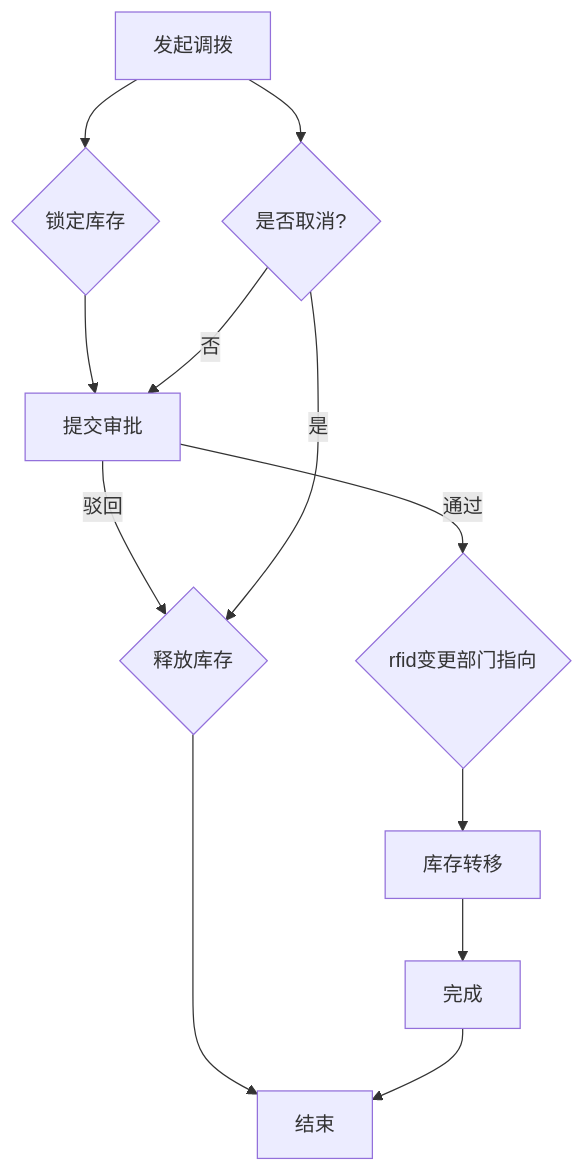
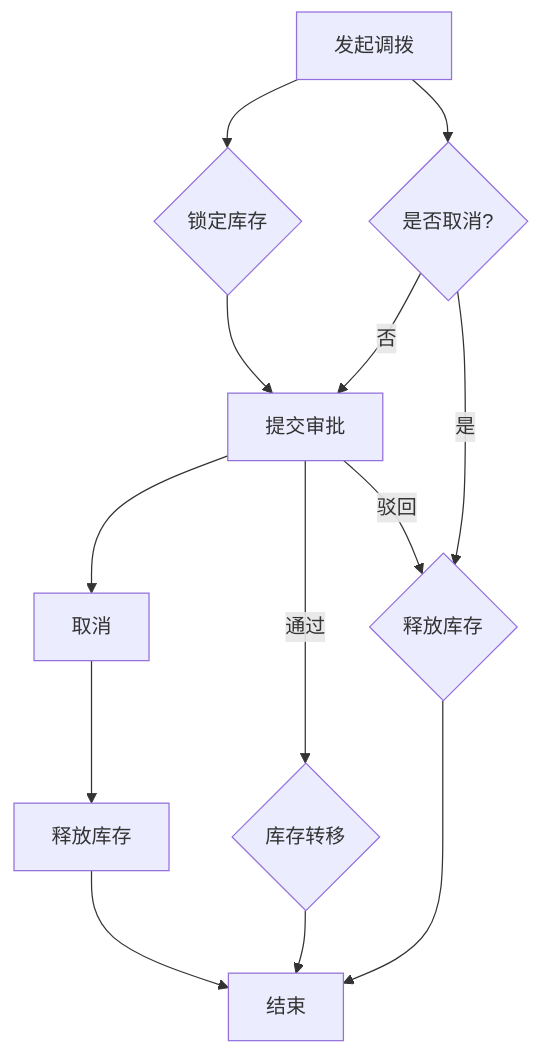
The second of 4 diagrams in 虚拟仓/prd.md (1191232345/Axure_ELSA), drawn with Mermaid before and after one commit.

Commit message:
docs(流程图): 更新调拨流程图的审批路径
添加取消审批路径并简化库存转移后的结束节点

````diff
--- a/虚拟仓/prd.md
+++ b/虚拟仓/prd.md
@@ -61,17 +61,18 @@
 ```mermaid
 graph TD
     A["发起调拨"] --> B{"锁定库存"}
     B --> C["提交审批"]
-    C --> |"通过"| E{"rfid变更部门指向"}
+    C --> D["取消"]
+    C --> |"通过"| E{"库存转移"}
     C --> |"驳回"| F{"释放库存"}
-    E --> G["库存转移"]
-    G --> H["完成"]
+    D --> G["释放库存"]
+    G --> I["结束"]
+    E --> I["结束"]
     F --> I["结束"]
-    H --> I["结束"]
  
     
     %% 取消流程
     A --> K{"是否取消?"}
     K -->|"是"| F
     K -->|"否"| C
 ```
````
